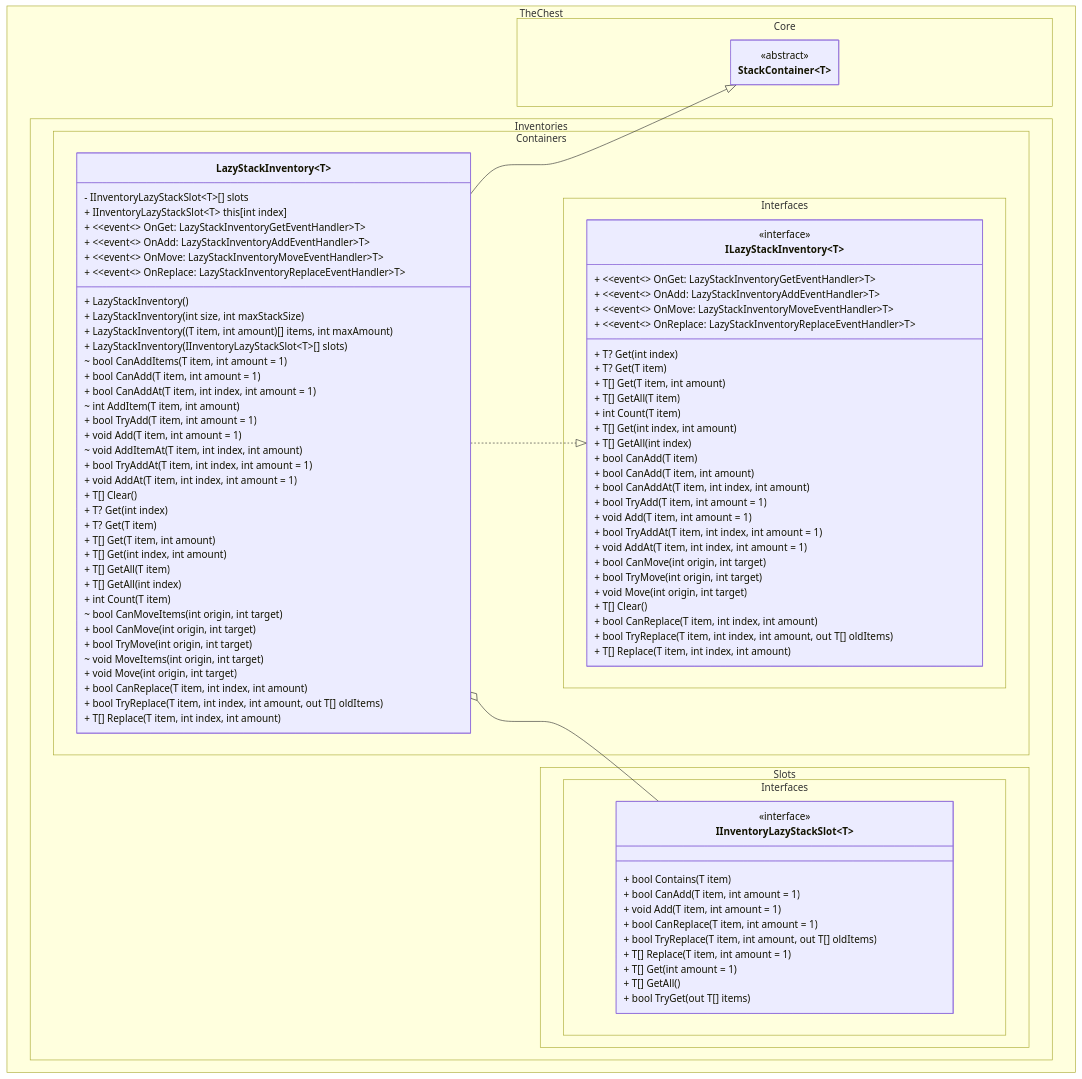
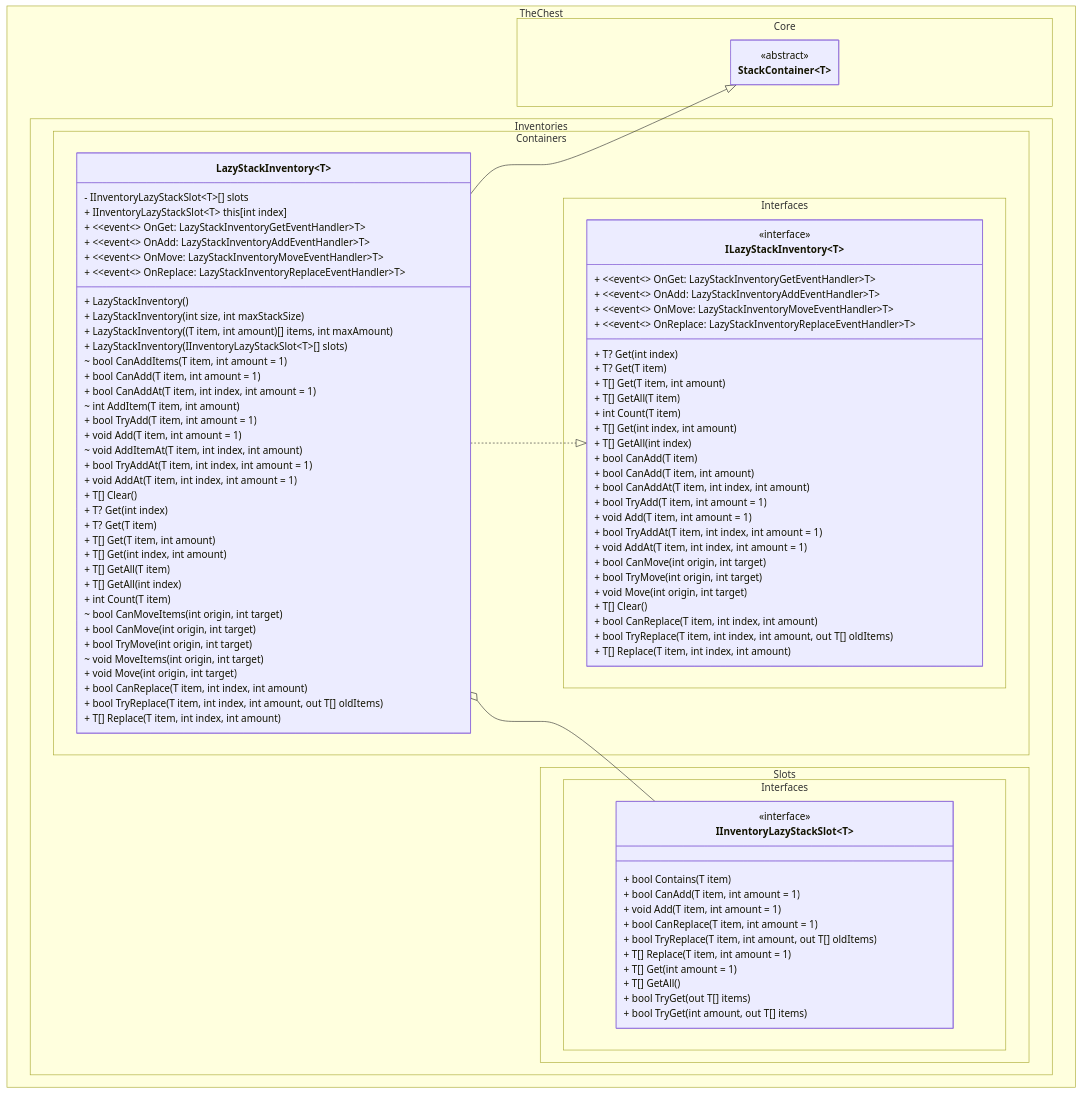
The first of 2 diagrams in docs/lazy_stack_inventory/class_diagram.md (The-Chest/TheChest.Inventories), drawn with Mermaid before and after one commit. The commit also changed other lines of this file, not shown here.

```diff
--- a/docs/lazy_stack_inventory/class_diagram.md
+++ b/docs/lazy_stack_inventory/class_diagram.md
@@ -83,6 +83,7 @@
         + T[] Get(int amount = 1)
         + T[] GetAll()
         + bool TryGet(out T[] items)
+        + bool TryGet(int amount, out T[] items)
     }
 }
 <<interface>> IInventoryLazyStackSlot
```
